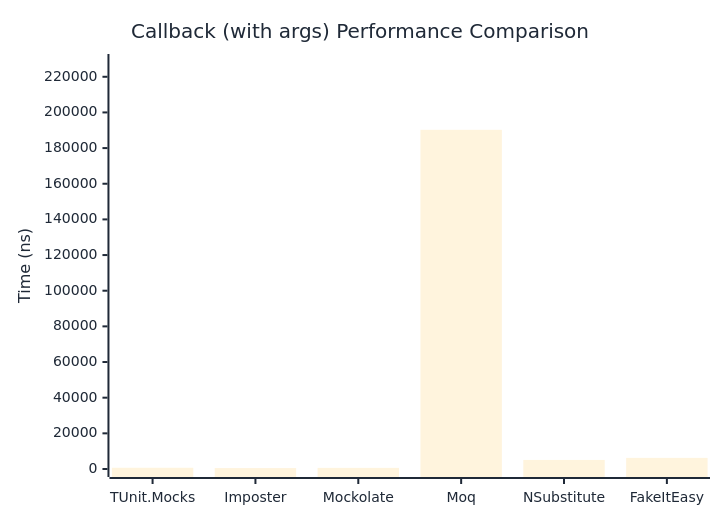
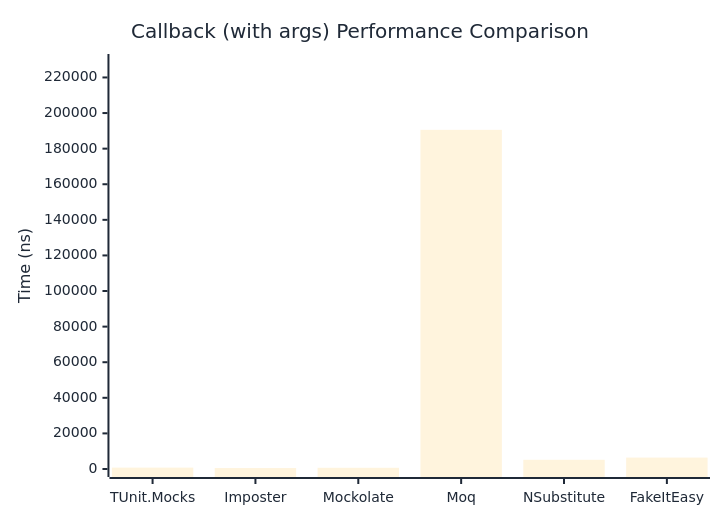
The second of 2 diagrams in docs/docs/benchmarks/mocks/Callback.md (thomhurst/TUnit), drawn with Mermaid before and after one commit. The commit also changed other lines of this file and 14 other files, not shown here.

````diff
--- a/docs/docs/benchmarks/mocks/Callback.md
+++ b/docs/docs/benchmarks/mocks/Callback.md
@@ -69,27 +69,27 @@
 ```mermaid
 %%{init: {
   'theme':'base',
   'themeVariables': {
     'primaryColor': '#2563eb',
     'primaryTextColor': '#1f2937',
     'primaryBorderColor': '#1e40af',
     'lineColor': '#6b7280',
     'secondaryColor': '#7c3aed',
     'tertiaryColor': '#dc2626',
     'background': '#ffffff',
     'pie1': '#2563eb',
     'pie2': '#7c3aed',
     'pie3': '#dc2626',
     'pie4': '#f59e0b',
     'pie5': '#10b981',
     'pie6': '#06b6d4',
     'pie7': '#ec4899',
     'pie8': '#6366f1'
   }
 }}%%
 xychart-beta
   title "Callback (with args) Performance Comparison"
   x-axis ["TUnit.Mocks", "Imposter", "Mockolate", "Moq", "NSubstitute", "FakeItEasy"]
-  y-axis "Time (ns)" 0 --> 228287
-  bar [691.1, 519.9, 624.8, 190238.9, 5092.5, 6233.8]
+  y-axis "Time (ns)" 0 --> 228686
+  bar [770.3, 537.1, 680.6, 190570.9, 5171.6, 6416.3]
 ```
````
